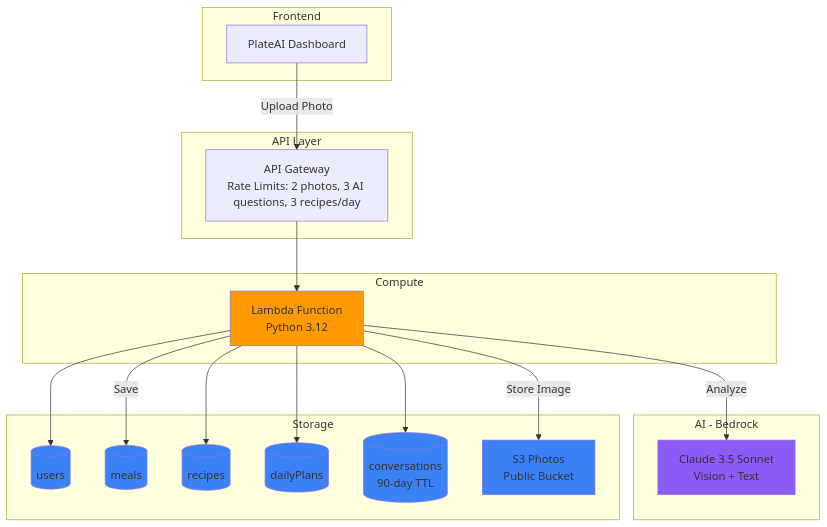
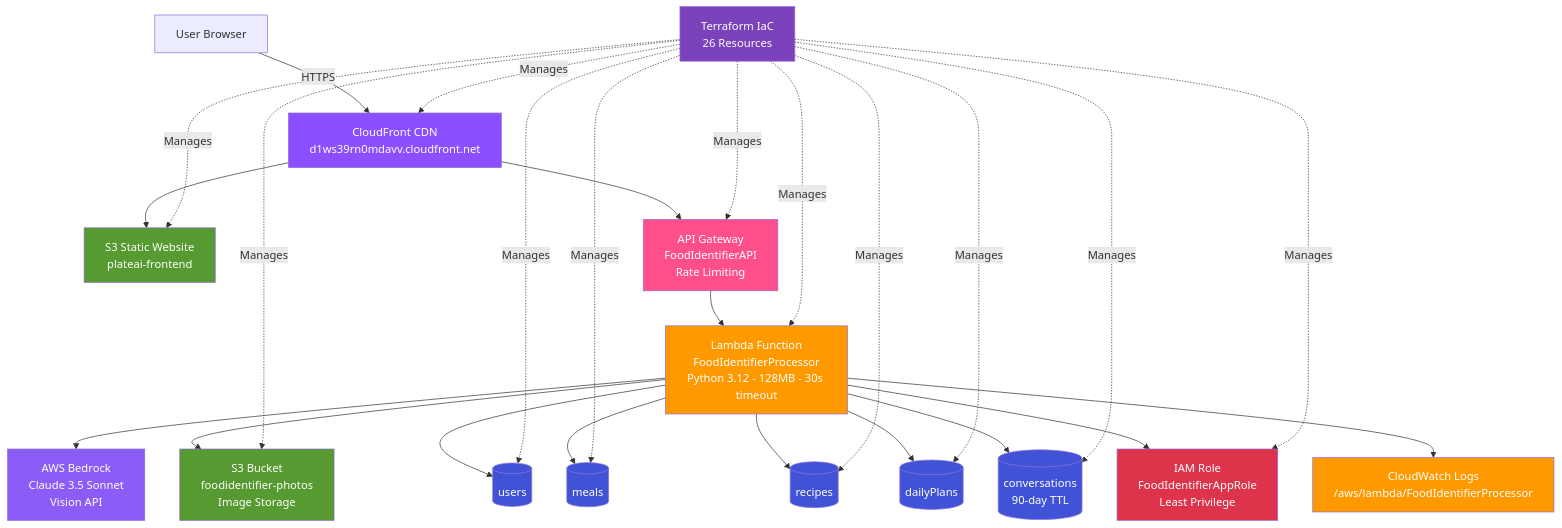
Before and after one commit to AaronWhiteTX/PlateAI: the diagram in README.md, drawn with Mermaid. The commit also changed other lines of this file, not shown here.

First line of the commit message:
docs: accurate architecture with actual AWS resource names and details

````diff
--- a/README.md
+++ b/README.md
@@ -10,46 +11,47 @@
 ```mermaid
 graph TB
-    subgraph Frontend
-        UI[PlateAI Dashboard]
-    end
-
-    subgraph API_Layer[API Layer]
-        APIGW[API Gateway<br/>Rate Limits: 2 photos, 3 AI questions, 3 recipes/day]
-    end
-
-    subgraph Compute
-        Lambda[Lambda Function<br/>Python 3.12]
-    end
-
-    subgraph AI_Bedrock[AI - Bedrock]
-        Claude[Claude 3.5 Sonnet<br/>Vision + Text]
-    end
-
-    subgraph Storage
-        Users[(users)]
-        Meals[(meals)]
-        Recipes[(recipes)]
-        Plans[(dailyPlans)]
-        Convos[(conversations<br/>90-day TTL)]
-        S3[S3 Photos<br/>Public Bucket]
-    end
-
-    UI -->|Upload Photo| APIGW
-    APIGW --> Lambda
-    Lambda -->|Store Image| S3
-    Lambda -->|Analyze| Claude
-    Lambda -->|Save| Meals
-    Lambda --> Users
-    Lambda --> Recipes
-    Lambda --> Plans
-    Lambda --> Convos
+    User[User Browser] -->|HTTPS| CF[CloudFront CDN<br/>d1ws39rn0mdavv.cloudfront.net]
+    CF --> S3Web[S3 Static Website<br/>plateai-frontend]
+    CF --> APIGW[API Gateway<br/>FoodIdentifierAPI<br/>Rate Limiting]
     
-    style Claude fill:#8B5CF6
-    style Lambda fill:#FF9900
-    style S3 fill:#3B82F6
-    style Users fill:#3B82F6
-    style Meals fill:#3B82F6
-    style Recipes fill:#3B82F6
-    style Plans fill:#3B82F6
-    style Convos fill:#3B82F6
+    APIGW --> Lambda[Lambda Function<br/>FoodIdentifierProcessor<br/>Python 3.12 - 128MB - 30s timeout]
+    
+    Lambda --> Bedrock[AWS Bedrock<br/>Claude 3.5 Sonnet<br/>Vision API]
+    Lambda --> S3Photos[S3 Bucket<br/>foodidentifier-photos<br/>Image Storage]
+    
+    Lambda --> Users[(users)]
+    Lambda --> Meals[(meals)]
+    Lambda --> Recipes[(recipes)]
+    Lambda --> Plans[(dailyPlans)]
+    Lambda --> Convos[(conversations<br/>90-day TTL)]
+    
+    Lambda --> IAM[IAM Role<br/>FoodIdentifierAppRole<br/>Least Privilege]
+    Lambda --> CW[CloudWatch Logs<br/>/aws/lambda/FoodIdentifierProcessor]
+    
+    TF[Terraform IaC<br/>26 Resources] -.->|Manages| CF
+    TF -.->|Manages| APIGW
+    TF -.->|Manages| Lambda
+    TF -.->|Manages| S3Web
+    TF -.->|Manages| S3Photos
+    TF -.->|Manages| Users
+    TF -.->|Manages| Meals
+    TF -.->|Manages| Recipes
+    TF -.->|Manages| Plans
+    TF -.->|Manages| Convos
+    TF -.->|Manages| IAM
+    
+    style Bedrock fill:#8B5CF6,color:#fff
+    style Lambda fill:#FF9900,color:#fff
+    style S3Photos fill:#569A31,color:#fff
+    style S3Web fill:#569A31,color:#fff
+    style Users fill:#4053D6,color:#fff
+    style Meals fill:#4053D6,color:#fff
+    style Recipes fill:#4053D6,color:#fff
+    style Plans fill:#4053D6,color:#fff
+    style Convos fill:#4053D6,color:#fff
+    style TF fill:#7B42BC,color:#fff
+    style APIGW fill:#FF4F8B,color:#fff
+    style CF fill:#8C4FFF,color:#fff
+    style IAM fill:#DD344C,color:#fff
+    style CW fill:#FF9900,color:#fff
 ```
````
